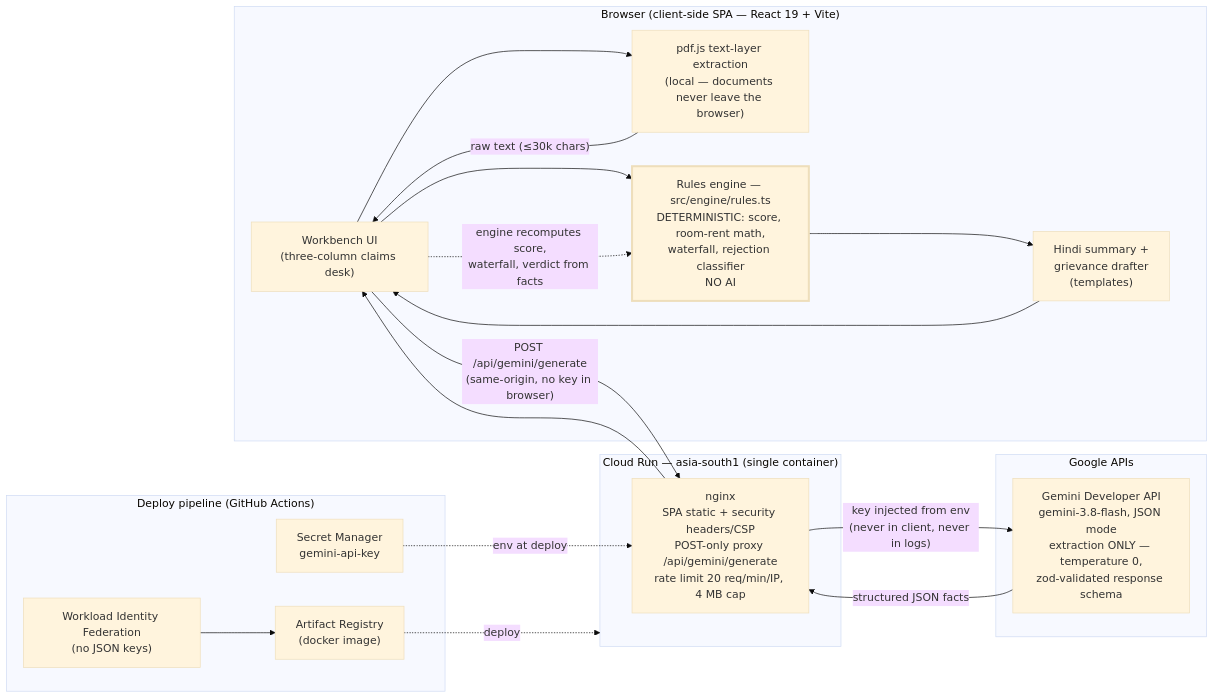
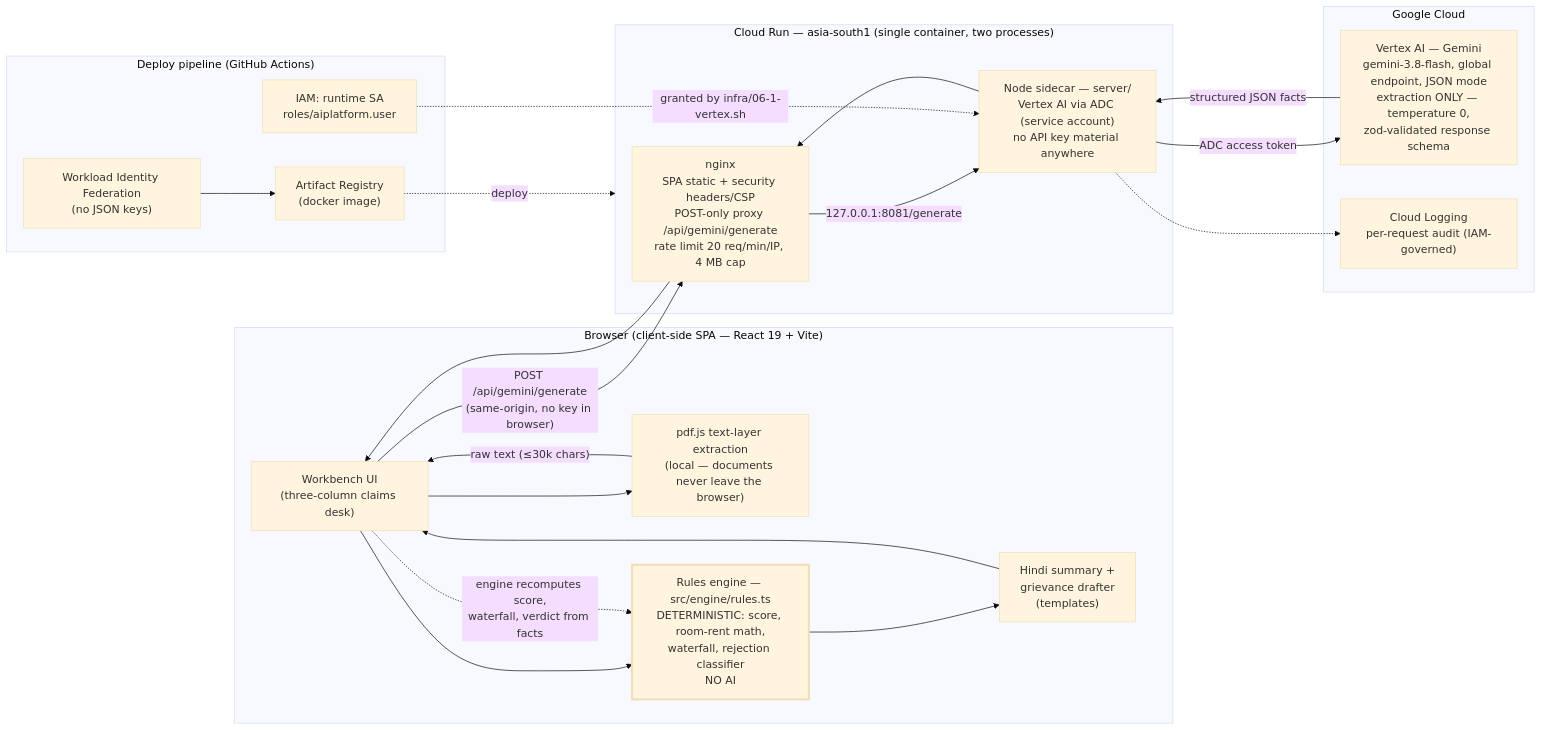
The diagram in docs/architecture.mmd (amoghng7/claimsahayak), drawn with Mermaid (base theme) before and after one commit. The commit also changed 19 other files, not shown here.

First line of the commit message:
feat: Vertex AI sidecar replaces the API-key Gemini proxy (6.1)

```diff
--- a/docs/architecture.mmd
+++ b/docs/architecture.mmd
@@ -1,35 +1,39 @@
 flowchart LR
     subgraph browser["Browser (client-side SPA — React 19 + Vite)"]
         UI["Workbench UI\n(three-column claims desk)"]
         PDF["pdf.js text-layer extraction\n(local — documents never leave the browser)"]
         ENGINE["Rules engine — src/engine/rules.ts\nDETERMINISTIC: score, room-rent math,\nwaterfall, rejection classifier\nNO AI"]
         HINDI["Hindi summary +\ngrievance drafter\n(templates)"]
         UI --> PDF
         PDF -->|"raw text (≤30k chars)"| UI
         UI --> ENGINE
         ENGINE --> HINDI --> UI
     end
 
-    subgraph cloudrun["Cloud Run — asia-south1 (single container)"]
+    subgraph cloudrun["Cloud Run — asia-south1 (single container, two processes)"]
         NGINX["nginx\nSPA static + security headers/CSP\nPOST-only proxy /api/gemini/generate\nrate limit 20 req/min/IP, 4 MB cap"]
+        SIDECAR["Node sidecar — server/\nVertex AI via ADC (service account)\nno API key material anywhere"]
+        NGINX -->|"127.0.0.1:8081/generate"| SIDECAR
     end
 
-    subgraph google["Google APIs"]
-        GEMINI["Gemini Developer API\ngemini-3.8-flash, JSON mode\nextraction ONLY — temperature 0,\nzod-validated response schema"]
+    subgraph google["Google Cloud"]
+        VERTEX["Vertex AI — Gemini\ngemini-3.8-flash, global endpoint, JSON mode\nextraction ONLY — temperature 0,\nzod-validated response schema"]
+        LOGS["Cloud Logging\nper-request audit (IAM-governed)"]
     end
 
     subgraph ci["Deploy pipeline (GitHub Actions)"]
         WIF["Workload Identity Federation\n(no JSON keys)"]
         AR["Artifact Registry\n(docker image)"]
-        SM["Secret Manager\ngemini-api-key"]
+        IAM["IAM: runtime SA\nroles/aiplatform.user"]
         WIF --> AR
     end
 
     UI -->|"POST /api/gemini/generate\n(same-origin, no key in browser)"| NGINX
-    NGINX -->|"key injected from env\n(never in client, never in logs)"| GEMINI
-    GEMINI -->|"structured JSON facts"| NGINX --> UI
+    SIDECAR -->|"ADC access token"| VERTEX
+    VERTEX -->|"structured JSON facts"| SIDECAR --> NGINX --> UI
+    SIDECAR -.-> LOGS
     UI -.->|"engine recomputes score,\nwaterfall, verdict from facts"| ENGINE
-    SM -.->|"env at deploy"| NGINX
+    IAM -.->|"granted by infra/06-1-vertex.sh"| SIDECAR
     AR -.->|deploy| cloudrun
 
     style ENGINE stroke-width:3px
```
